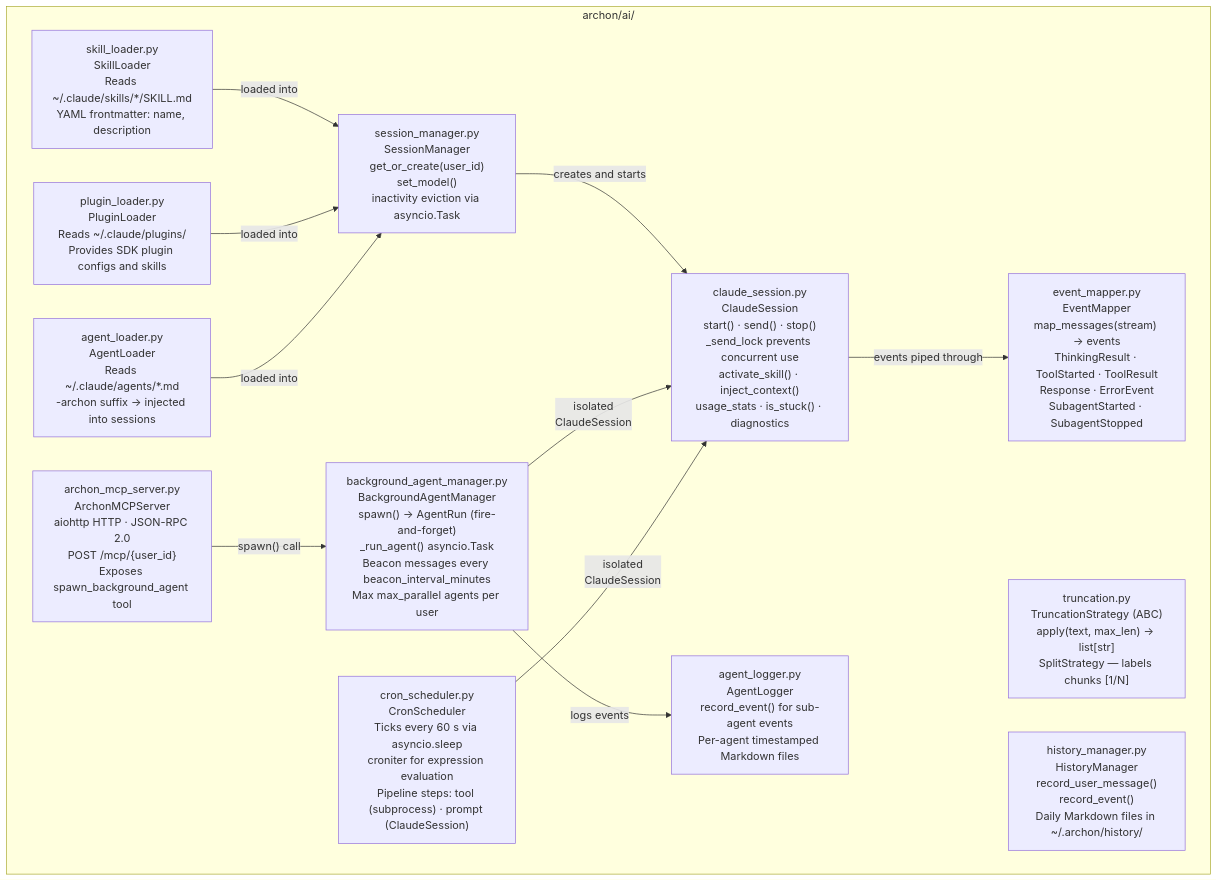
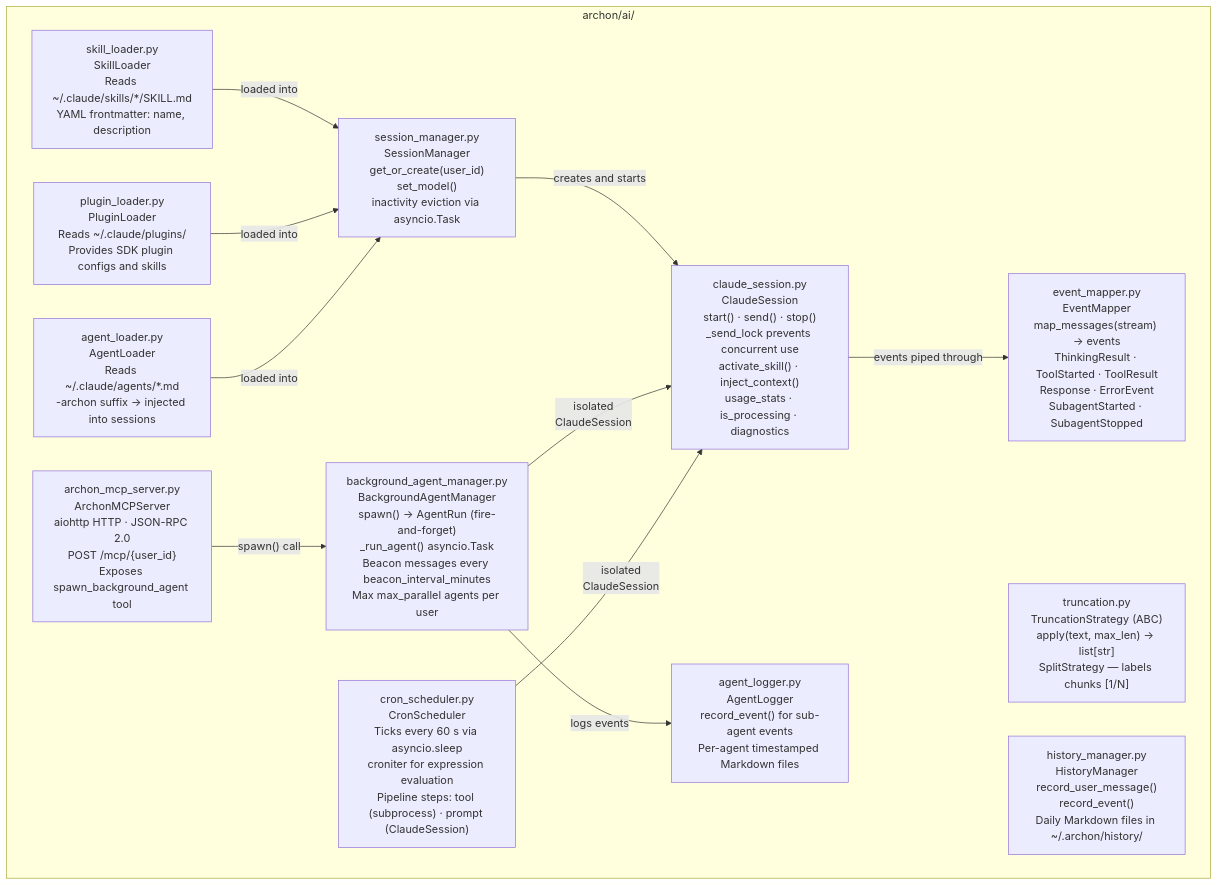
One commit to user538295/archon-assistant changed the fourth of 6 diagrams in Documentation/Architecture/100_system_architecture_overview.md. Above: the diagram before and after it, drawn with Mermaid. The commit also changed other lines of this file, not shown here.

First line of the commit message:
docs(arch): fact-check and correct 100_system_architecture_overview

````diff
--- a/Documentation/Architecture/100_system_architecture_overview.md
+++ b/Documentation/Architecture/100_system_architecture_overview.md
@@ -150,27 +150,27 @@
 ```mermaid
 graph TB
     subgraph ai["archon/ai/"]
         sm["session_manager.py\nSessionManager\nget_or_create(user_id)\nset_model()\ninactivity eviction via asyncio.Task"]
-        cs["claude_session.py\nClaudeSession\nstart() · send() · stop()\n_send_lock prevents concurrent use\nactivate_skill() · inject_context()\nusage_stats · is_stuck() · diagnostics"]
+        cs["claude_session.py\nClaudeSession\nstart() · send() · stop()\n_send_lock prevents concurrent use\nactivate_skill() · inject_context()\nusage_stats · is_processing · diagnostics"]
         em["event_mapper.py\nEventMapper\nmap_messages(stream) → events\nThinkingResult · ToolStarted · ToolResult\nResponse · ErrorEvent\nSubagentStarted · SubagentStopped"]
         trunc["truncation.py\nTruncationStrategy (ABC)\napply(text, max_len) → list[str]\nSplitStrategy — labels chunks [1/N]"]
         sl["skill_loader.py\nSkillLoader\nReads ~/.claude/skills/*/SKILL.md\nYAML frontmatter: name, description"]
         pl["plugin_loader.py\nPluginLoader\nReads ~/.claude/plugins/\nProvides SDK plugin configs and skills"]
         ald["agent_loader.py\nAgentLoader\nReads ~/.claude/agents/*.md\n-archon suffix → injected into sessions"]
         hm["history_manager.py\nHistoryManager\nrecord_user_message()\nrecord_event()\nDaily Markdown files in ~/.archon/history/"]
         agl["agent_logger.py\nAgentLogger\nrecord_event() for sub-agent events\nPer-agent timestamped Markdown files"]
         bam["background_agent_manager.py\nBackgroundAgentManager\nspawn() → AgentRun (fire-and-forget)\n_run_agent() asyncio.Task\nBeacon messages every beacon_interval_minutes\nMax max_parallel agents per user"]
         mcp["archon_mcp_server.py\nArchonMCPServer\naiohttp HTTP · JSON-RPC 2.0\nPOST /mcp/{user_id}\nExposes spawn_background_agent tool"]
         cron["cron_scheduler.py\nCronScheduler\nTicks every 60 s via asyncio.sleep\ncroniter for expression evaluation\nPipeline steps: tool (subprocess) · prompt (ClaudeSession)"]
     end
 
     sm -->|"creates and starts"| cs
     cs -->|"events piped through"| em
     sl -->|"loaded into"| sm
     pl -->|"loaded into"| sm
     ald -->|"loaded into"| sm
     mcp -->|"spawn() call"| bam
     bam -->|"isolated\nClaudeSession"| cs
     bam -->|"logs events"| agl
     cron -->|"isolated\nClaudeSession"| cs
 ```
````
